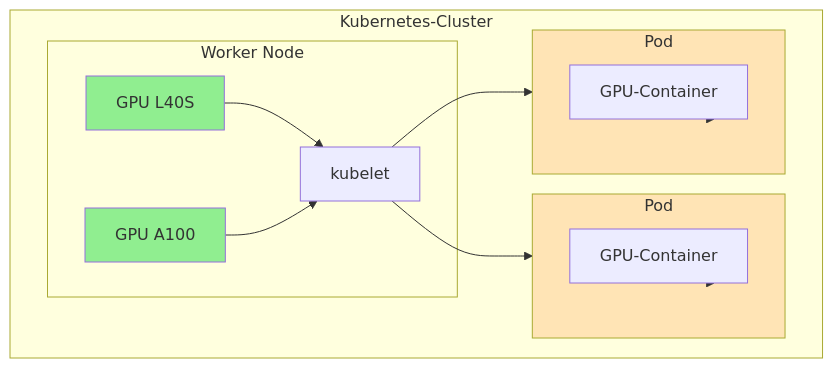
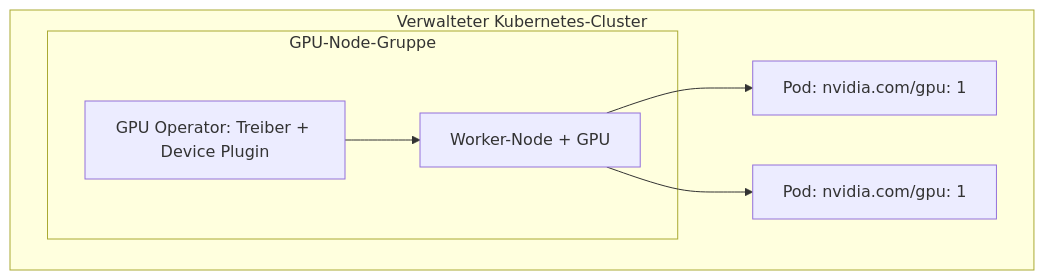
The second of 2 diagrams in i18n/de/docusaurus-plugin-content-docs/current/services/gpu/overview.md (HidoraSwiss/hikube-public-doc), drawn with Mermaid before and after one commit. The commit also changed other lines of this file and 148 other files, not shown here.

````diff
--- a/i18n/de/docusaurus-plugin-content-docs/current/services/gpu/overview.md
+++ b/i18n/de/docusaurus-plugin-content-docs/current/services/gpu/overview.md
@@ -95,30 +79,15 @@
 ```mermaid
 flowchart TD
-    subgraph CLUSTER["Kubernetes-Cluster"]
-        subgraph WORKER["Worker Node"]
-            GPU1["GPU L40S"]
-            GPU2["GPU A100"]
-            KUBELET["kubelet"]
+    subgraph CLUSTER["Verwalteter Kubernetes-Cluster"]
+        subgraph NG["GPU-Node-Gruppe"]
+            W1["Worker-Node + GPU"]
+            OP["GPU Operator: Treiber + Device Plugin"]
         end
-        
-        subgraph POD1["Pod"]
-            CONTAINER1["GPU-Container"]
-        end
-        
-        subgraph POD2["Pod"]
-            CONTAINER2["GPU-Container"]
-        end
+        POD1["Pod: nvidia.com/gpu: 1"]
+        POD2["Pod: nvidia.com/gpu: 1"]
     end
-    
-    GPU1 --> KUBELET
-    GPU2 --> KUBELET
-    KUBELET --> POD1
-    KUBELET --> POD2
-    POD1 --> CONTAINER1
-    POD2 --> CONTAINER2
-    
-    style GPU1 fill:#90EE90
-    style GPU2 fill:#90EE90
-    style POD1 fill:#FFE4B5
-    style POD2 fill:#FFE4B5
+
+    OP --> W1
+    W1 --> POD1
+    W1 --> POD2
 ```
````
